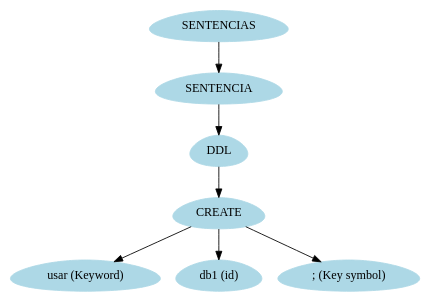
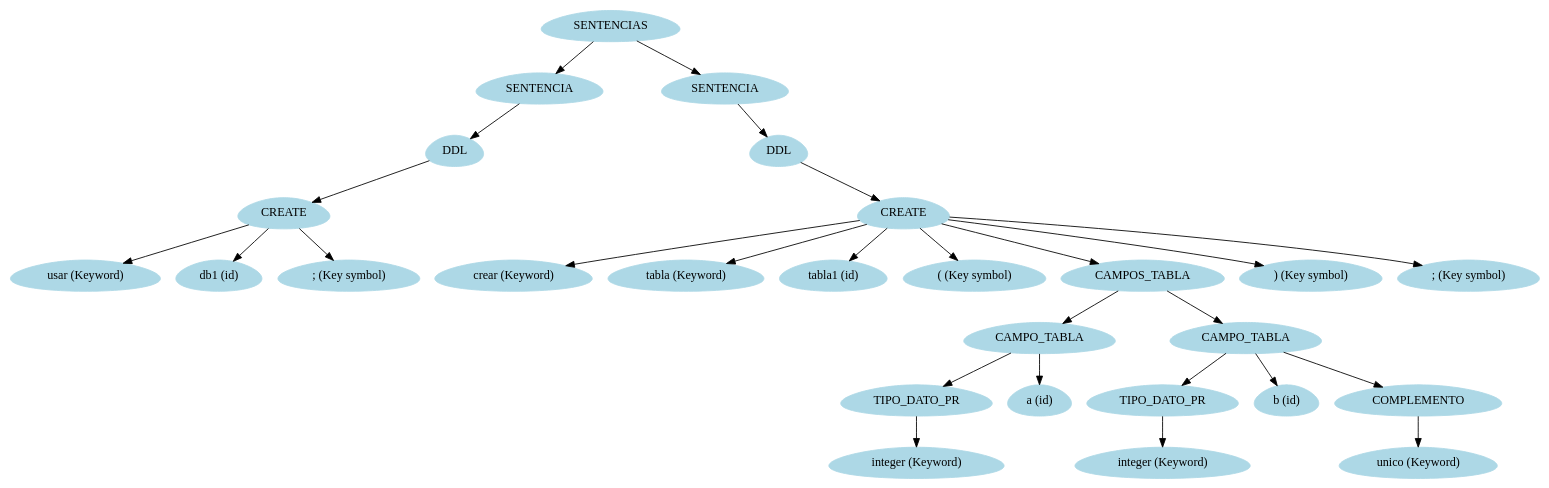
The diagram in [OLC2]Proyecto1_201325583/ServidorDB/bin/Debug/arbolAst.dot (Losajhonny/FI-SQL), drawn with Graphviz before and after one commit. The commit also changed 12 other files, not shown here.

Commit message:
ddl Tabla finalizado y probado..faltan pruebas fuertes

```diff
--- a/[OLC2]Proyecto1_201325583/ServidorDB/bin/Debug/arbolAst.dot
+++ b/[OLC2]Proyecto1_201325583/ServidorDB/bin/Debug/arbolAst.dot
@@ -1,16 +1,56 @@
 digraph grafo{
 node [shape = egg];
-43527150[label="SENTENCIAS", style = filled, color = lightblue];
-56200037[label="SENTENCIA", style = filled, color = lightblue];
+4094363[label="SENTENCIAS", style = filled, color = lightblue];
+36849274[label="SENTENCIA", style = filled, color = lightblue];
+4094363->36849274;
+63208015[label="DDL", style = filled, color = lightblue];
+36849274->63208015;
+32001227[label="CREATE", style = filled, color = lightblue];
+63208015->32001227;
+19575591[label="usar (Keyword)", style = filled, color = lightblue];
+32001227->19575591;
+41962596[label="db1 (id)", style = filled, color = lightblue];
+32001227->41962596;
+42119052[label="; (Key symbol)", style = filled, color = lightblue];
+32001227->42119052;
+43527150[label="SENTENCIA", style = filled, color = lightblue];
+4094363->43527150;
+56200037[label="DDL", style = filled, color = lightblue];
 43527150->56200037;
-36038289[label="DDL", style = filled, color = lightblue];
+36038289[label="CREATE", style = filled, color = lightblue];
 56200037->36038289;
-55909147[label="CREATE", style = filled, color = lightblue];
+55909147[label="crear (Keyword)", style = filled, color = lightblue];
 36038289->55909147;
-33420276[label="usar (Keyword)", style = filled, color = lightblue];
-55909147->33420276;
-32347029[label="db1 (id)", style = filled, color = lightblue];
-55909147->32347029;
-22687807[label="; (Key symbol)", style = filled, color = lightblue];
-55909147->22687807;
+33420276[label="tabla (Keyword)", style = filled, color = lightblue];
+36038289->33420276;
+32347029[label="tabla1 (id)", style = filled, color = lightblue];
+36038289->32347029;
+22687807[label="( (Key symbol)", style = filled, color = lightblue];
+36038289->22687807;
+2863675[label="CAMPOS_TABLA", style = filled, color = lightblue];
+36038289->2863675;
+25773083[label="CAMPO_TABLA", style = filled, color = lightblue];
+2863675->25773083;
+30631159[label="TIPO_DATO_PR", style = filled, color = lightblue];
+25773083->30631159;
+7244975[label="integer (Keyword)", style = filled, color = lightblue];
+30631159->7244975;
+65204782[label="a (id)", style = filled, color = lightblue];
+25773083->65204782;
+49972132[label="CAMPO_TABLA", style = filled, color = lightblue];
+2863675->49972132;
+47096010[label="TIPO_DATO_PR", style = filled, color = lightblue];
+49972132->47096010;
+21210914[label="integer (Keyword)", style = filled, color = lightblue];
+47096010->21210914;
+56680499[label="b (id)", style = filled, color = lightblue];
+49972132->56680499;
+40362448[label="COMPLEMENTO", style = filled, color = lightblue];
+49972132->40362448;
+27717712[label="unico (Keyword)", style = filled, color = lightblue];
+40362448->27717712;
+48132822[label=") (Key symbol)", style = filled, color = lightblue];
+36038289->48132822;
+30542218[label="; (Key symbol)", style = filled, color = lightblue];
+36038289->30542218;
 }
```
